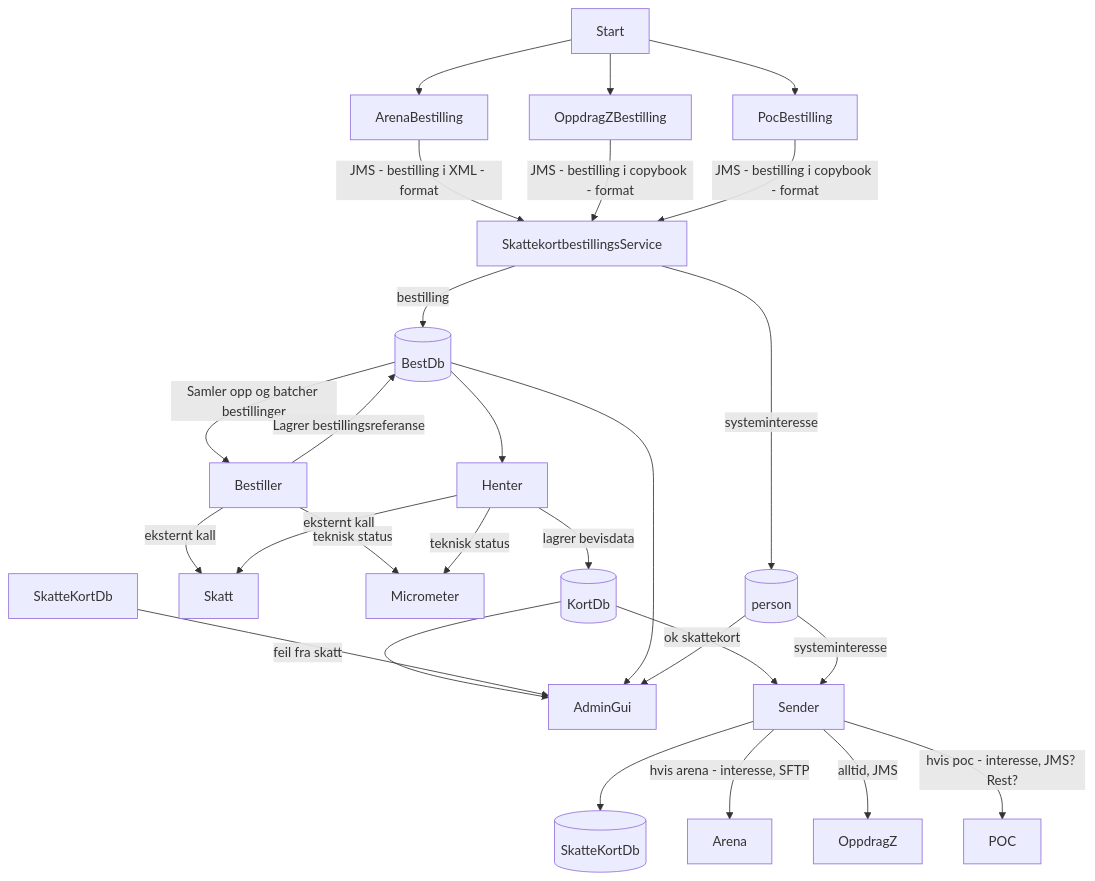
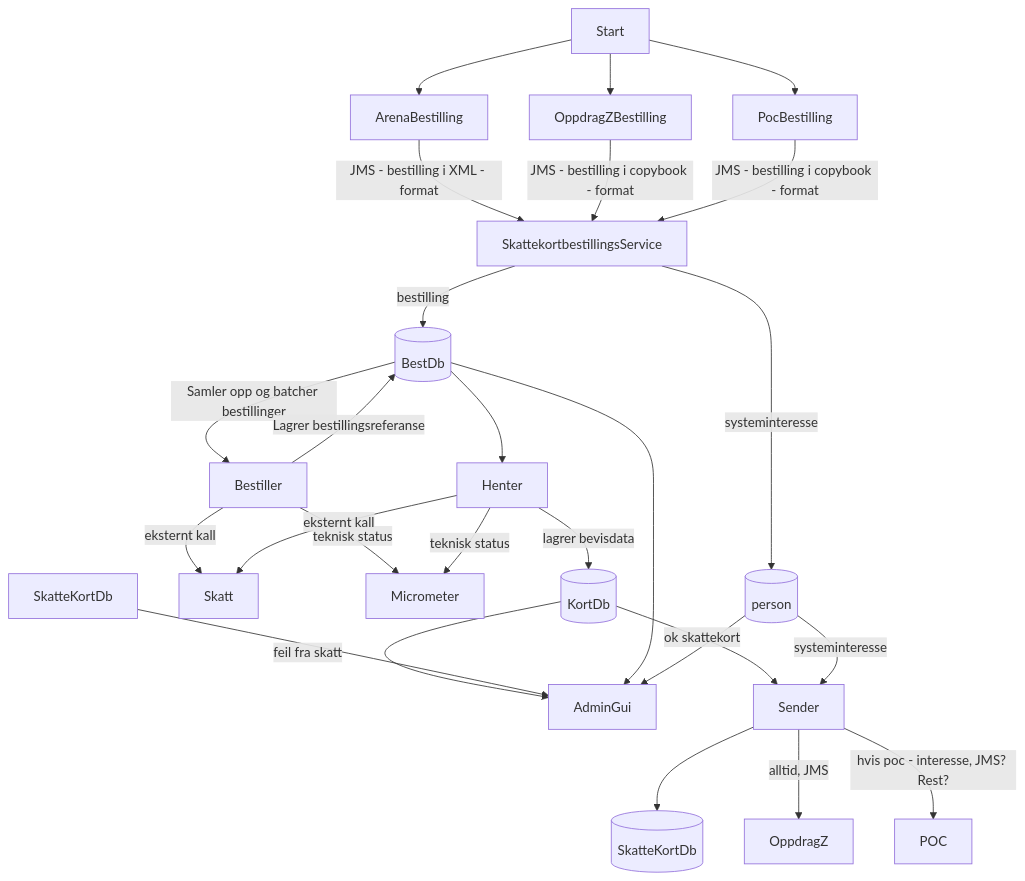
The first of 12 diagrams in README.md (navikt/sokos-skattekort), drawn with Mermaid before and after one commit. The commit also changed other lines of this file and 16 other files, not shown here.

````diff
--- a/README.md
+++ b/README.md
@@ -8,29 +8,28 @@
 ```mermaid
 flowchart TD
     Start --> ArenaBestilling
     Start --> OppdragZBestilling
     Start --> PocBestilling
     ArenaBestilling -- JMS - bestilling i XML - format --> SkattekortbestillingsService
     OppdragZBestilling -- JMS - bestilling i copybook - format --> SkattekortbestillingsService
     PocBestilling -- JMS - bestilling i copybook - format --> SkattekortbestillingsService
     SkattekortbestillingsService -- bestilling --> BestDb[(BestDb)]
     SkattekortbestillingsService -- systeminteresse --> person[(person)]
     BestDb -- Samler opp og batcher bestillinger --> Bestiller
     Bestiller -- Lagrer bestillingsreferanse --> BestDb
     Bestiller -- eksternt kall --> Skatt
     Bestiller -- teknisk status --> Micrometer
     BestDb --> Henter
     Henter -- eksternt kall --> Skatt
     Henter -- lagrer bevisdata --> KortDb[(KortDb)]
     Henter -- teknisk status --> Micrometer
     KortDb -- feil fra skatt --> AdminGui
     KortDb -- ok skattekort --> Sender
     Sender --> SKDb[(SkatteKortDb)]
     person -- systeminteresse --> Sender
-    Sender -- hvis arena - interesse, SFTP --> Arena
     Sender -- alltid, JMS --> OppdragZ
     Sender -- hvis poc - interesse, JMS? Rest? --> POC
     SkatteKortDb --> AdminGui
     BestDb --> AdminGui
     person --> AdminGui
 ```
````
